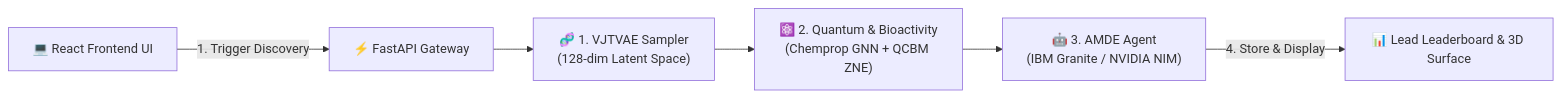
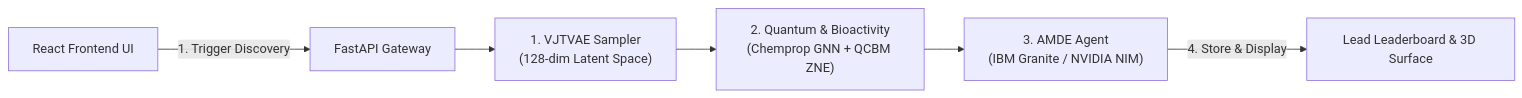
The diagram in README.md (Anuj-ipynb/NovaQure), drawn with Mermaid before and after one commit. The commit also changed other lines of this file, not shown here.

````diff
--- a/README.md
+++ b/README.md
@@ -56,8 +56,8 @@
 ```mermaid
 graph LR
-    A["💻 React Frontend UI"] -->|1. Trigger Discovery| B["⚡ FastAPI Gateway"]
-    B --> C["🧬 1. VJTVAE Sampler<br/>(128-dim Latent Space)"]
-    C --> D["⚛️ 2. Quantum & Bioactivity<br/>(Chemprop GNN + QCBM ZNE)"]
-    D --> E["🤖 3. AMDE Agent<br/>(IBM Granite / NVIDIA NIM)"]
-    E -->|4. Store & Display| F["📊 Lead Leaderboard & 3D Surface"]
+    A["React Frontend UI"] -->|1. Trigger Discovery| B["FastAPI Gateway"]
+    B --> C["1. VJTVAE Sampler<br/>(128-dim Latent Space)"]
+    C --> D["2. Quantum & Bioactivity<br/>(Chemprop GNN + QCBM ZNE)"]
+    D --> E["3. AMDE Agent<br/>(IBM Granite / NVIDIA NIM)"]
+    E -->|4. Store & Display| F["Lead Leaderboard & 3D Surface"]
 ```
````
